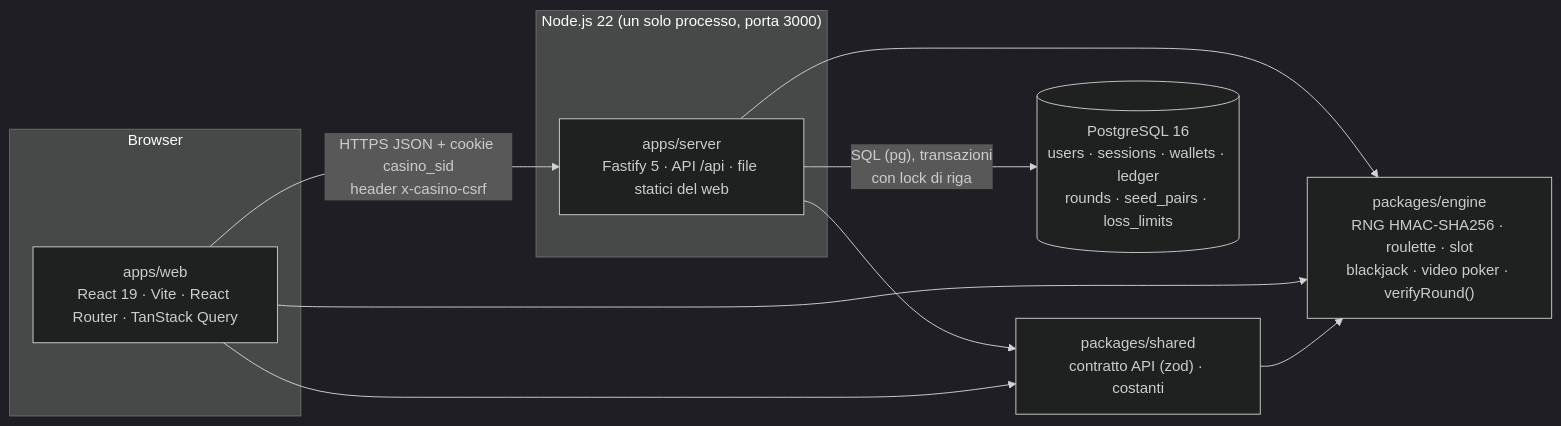
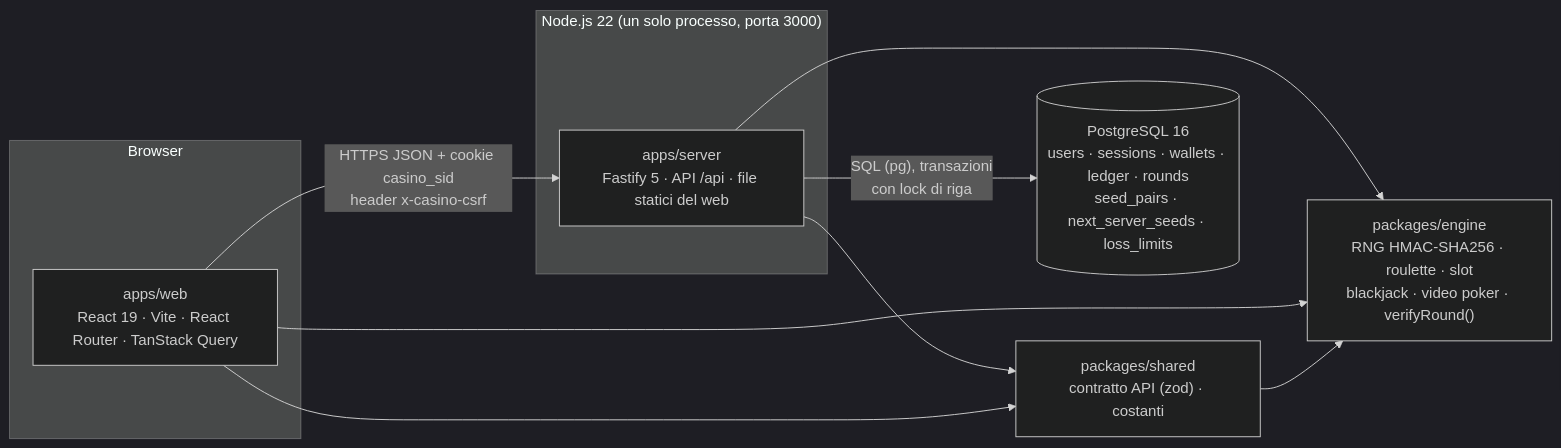
The diagram in README.md (timmyfrancesco-gif/casinoonline), drawn with Mermaid (dark theme) before and after one commit. The commit also changed other lines of this file and 80 other files, not shown here.

````diff
--- a/README.md
+++ b/README.md
@@ -87,20 +89,20 @@
 ```mermaid
 flowchart LR
   subgraph browser["Browser"]
     web["apps/web<br/>React 19 · Vite · React Router · TanStack Query"]
   end
   subgraph runtime["Node.js 22 (un solo processo, porta 3000)"]
     server["apps/server<br/>Fastify 5 · API /api · file statici del web"]
   end
   engine["packages/engine<br/>RNG HMAC-SHA256 · roulette · slot<br/>blackjack · video poker · verifyRound()"]
   shared["packages/shared<br/>contratto API (zod) · costanti"]
-  db[("PostgreSQL 16<br/>users · sessions · wallets · ledger<br/>rounds · seed_pairs · loss_limits")]
+  db[("PostgreSQL 16<br/>users · sessions · wallets · ledger · rounds<br/>seed_pairs · next_server_seeds · loss_limits")]
 
   web -- "HTTPS JSON + cookie casino_sid<br/>header x-casino-csrf" --> server
   server -- "SQL (pg), transazioni<br/>con lock di riga" --> db
   server --> engine
   server --> shared
   web --> engine
   web --> shared
   shared --> engine
 ```
````
